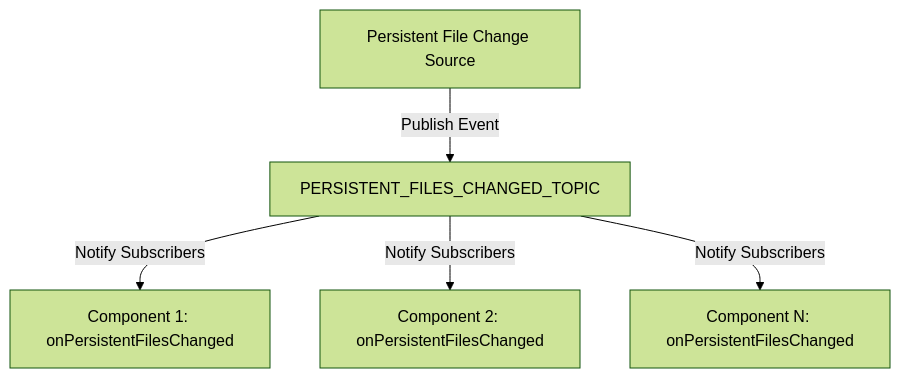
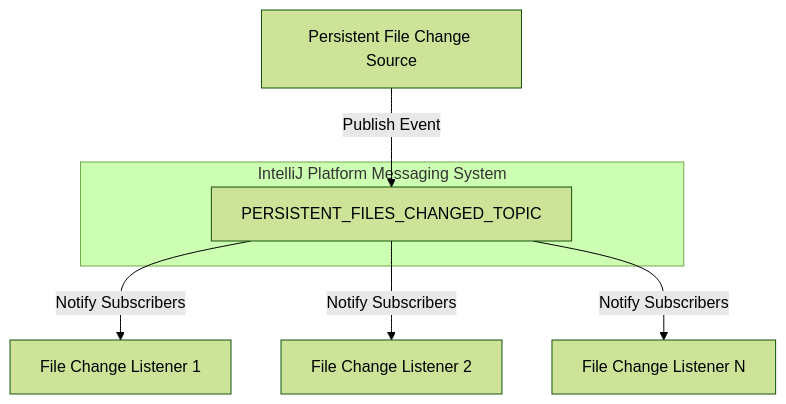
One commit to p-wegner/coding-aider changed the diagram in src/main/kotlin/de/andrena/codingaider/messages/messages.md. Above: the diagram before and after it, drawn with Mermaid (forest theme). The commit also changed other lines of this file, not shown here.

Commit message:
docs: Update messages module documentation with enhanced details and interaction diagram

````diff
--- a/src/main/kotlin/de/andrena/codingaider/messages/messages.md
+++ b/src/main/kotlin/de/andrena/codingaider/messages/messages.md
@@ -25,7 +25,11 @@
 ```mermaid
 graph TD
     A[Persistent File Change Source] -->|Publish Event| B[PERSISTENT_FILES_CHANGED_TOPIC]
-    B -->|Notify Subscribers| C[Component 1: onPersistentFilesChanged]
-    B -->|Notify Subscribers| D[Component 2: onPersistentFilesChanged]
-    B -->|Notify Subscribers| E[Component N: onPersistentFilesChanged]
+    B -->|Notify Subscribers| C[File Change Listener 1]
+    B -->|Notify Subscribers| D[File Change Listener 2]
+    B -->|Notify Subscribers| E[File Change Listener N]
+    
+    subgraph IntelliJ Platform Messaging System
+        B
+    end
 ```
````
